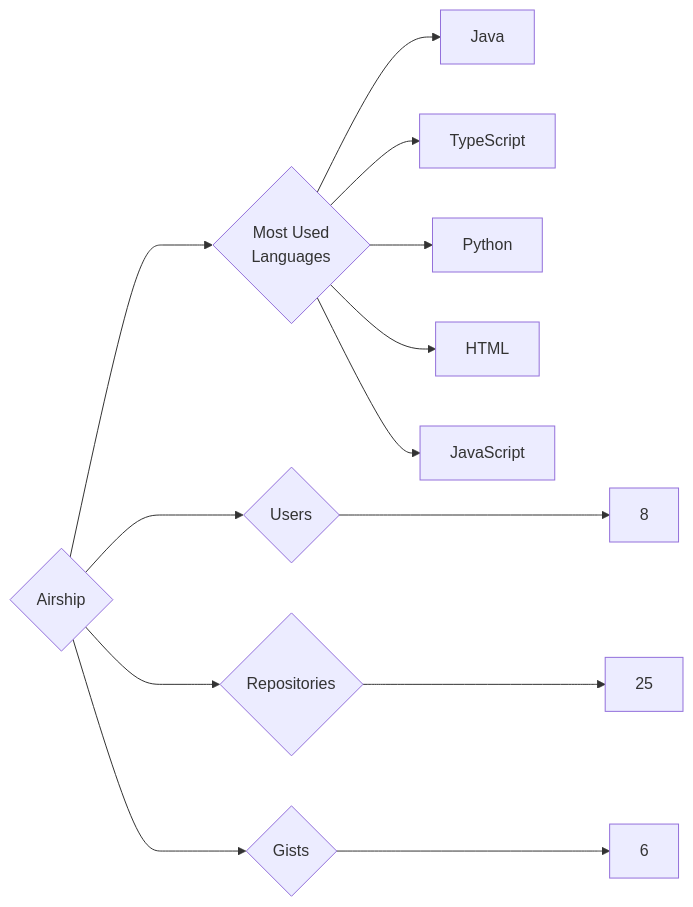
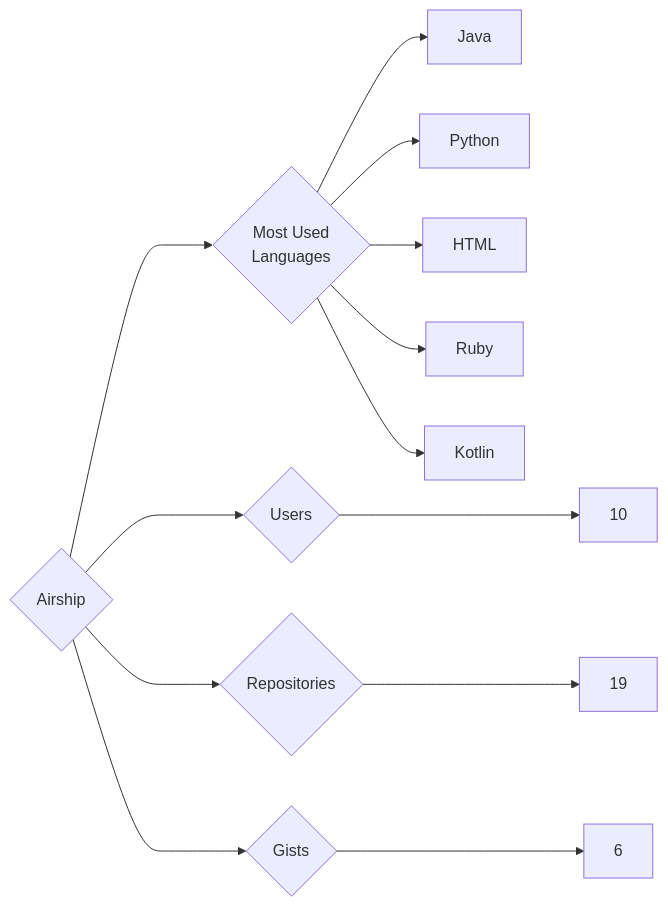
One commit to trickest/insiders changed the diagram in targets/Airship/README.md. Above: the diagram before and after it, drawn with Mermaid. The commit also changed 773 other files, not shown here.

````diff
--- a/targets/Airship/README.md
+++ b/targets/Airship/README.md
@@ -3,13 +3,13 @@
 ```mermaid
 graph LR
 COMPANY_NAME{Airship}
-COMPANY_NAME ---> U{Users} ---> UN[8]
-COMPANY_NAME ---> R{Repositories} ---> RN[25]
+COMPANY_NAME ---> U{Users} ---> UN[10]
+COMPANY_NAME ---> R{Repositories} ---> RN[19]
 COMPANY_NAME ---> G{Gists} ---> GN[6]
 COMPANY_NAME ---> ML{Most Used<br>Languages}
 ML --> Java[Java]
-ML --> TypeScript[TypeScript]
 ML --> Python[Python]
 ML --> HTML[HTML]
-ML --> JavaScript[JavaScript]
+ML --> Ruby[Ruby]
+ML --> Kotlin[Kotlin]
 ```
````
